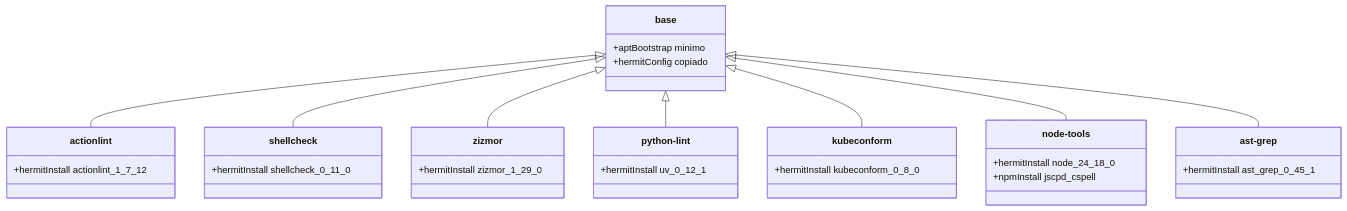
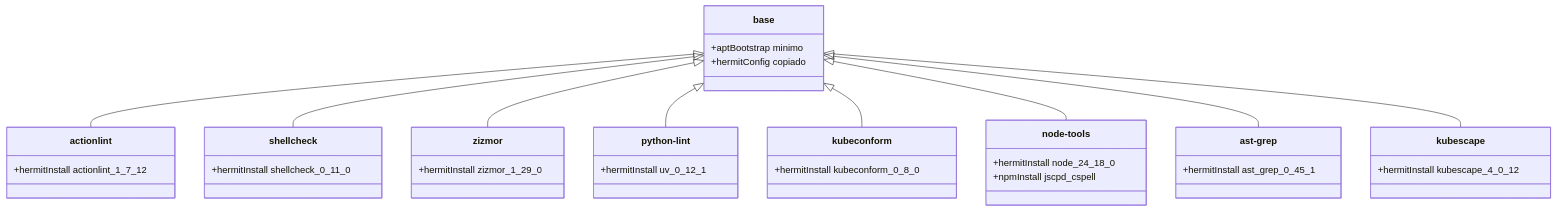
Before and after one commit to ladesa-ro/infrastructure: the sixth of 15 diagrams in docs/operacao/desenvolvimento.md, drawn with Mermaid. The commit also changed other lines of this file and 4 other files, not shown here.

````diff
--- a/docs/operacao/desenvolvimento.md
+++ b/docs/operacao/desenvolvimento.md
@@ -193,36 +196,40 @@
 ```mermaid
 classDiagram
     class base {
         +aptBootstrap minimo
         +hermitConfig copiado
     }
     class actionlint {
         +hermitInstall actionlint_1_7_12
     }
     class shellcheck {
         +hermitInstall shellcheck_0_11_0
     }
     class zizmor {
         +hermitInstall zizmor_1_29_0
     }
     class pythonLint["python-lint"] {
         +hermitInstall uv_0_12_1
     }
     class kubeconform {
         +hermitInstall kubeconform_0_8_0
     }
     class nodeTools["node-tools"] {
         +hermitInstall node_24_18_0
         +npmInstall jscpd_cspell
     }
     class astGrep["ast-grep"] {
         +hermitInstall ast_grep_0_45_1
     }
+    class kubescape {
+        +hermitInstall kubescape_4_0_12
+    }
     base <|-- actionlint
     base <|-- shellcheck
     base <|-- zizmor
     base <|-- pythonLint
     base <|-- kubeconform
     base <|-- nodeTools
     base <|-- astGrep
+    base <|-- kubescape
 ```
````
